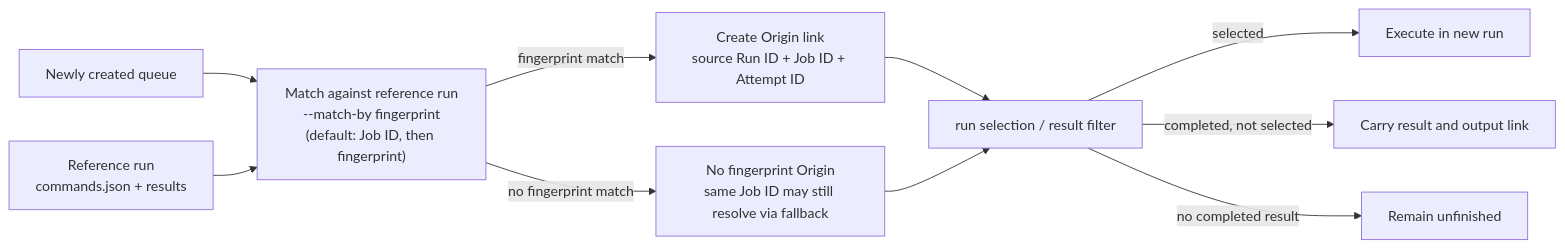
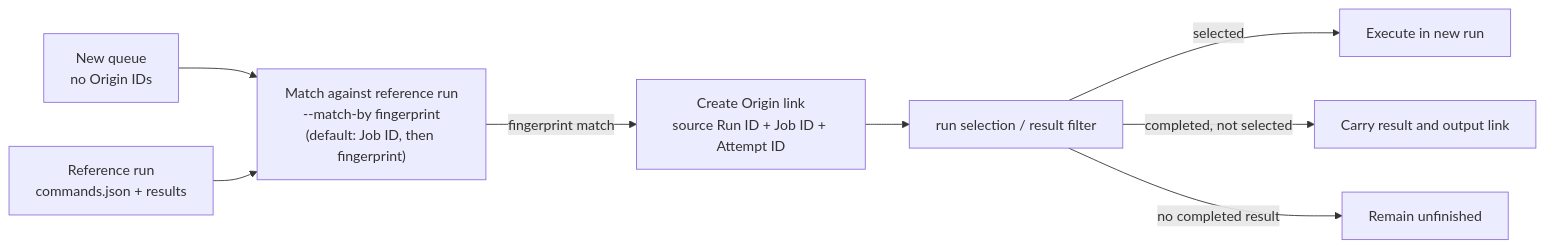
One commit to kamo-naoyuki/rotari changed the second of 3 diagrams in docs/RUNNING.md. Above: the diagram before and after it, drawn with Mermaid.

Commit message:
docs: simplify fingerprint matching diagram

````diff
--- a/docs/RUNNING.md
+++ b/docs/RUNNING.md
@@ -186,12 +186,10 @@
 ```mermaid
 flowchart LR
-  NewQueue["Newly created queue"] --> Match["Match against reference run<br/>--match-by fingerprint<br/>(default: Job ID, then fingerprint)"]
+  NewQueue["New queue<br/>no Origin IDs"] --> Match["Match against reference run<br/>--match-by fingerprint<br/>(default: Job ID, then fingerprint)"]
   Reference["Reference run<br/>commands.json + results"] --> Match
   Match -->|"fingerprint match"| Origin["Create Origin link<br/>source Run ID + Job ID + Attempt ID"]
-  Match -->|"no fingerprint match"| NoOrigin["No fingerprint Origin<br/>same Job ID may still resolve via fallback"]
   Origin --> Filter["run selection / result filter"]
-  NoOrigin --> Filter
   Filter -->|"selected"| Execute["Execute in new run"]
   Filter -->|"completed, not selected"| Carry["Carry result and output link"]
   Filter -->|"no completed result"| Unfinished["Remain unfinished"]
 ```
````
